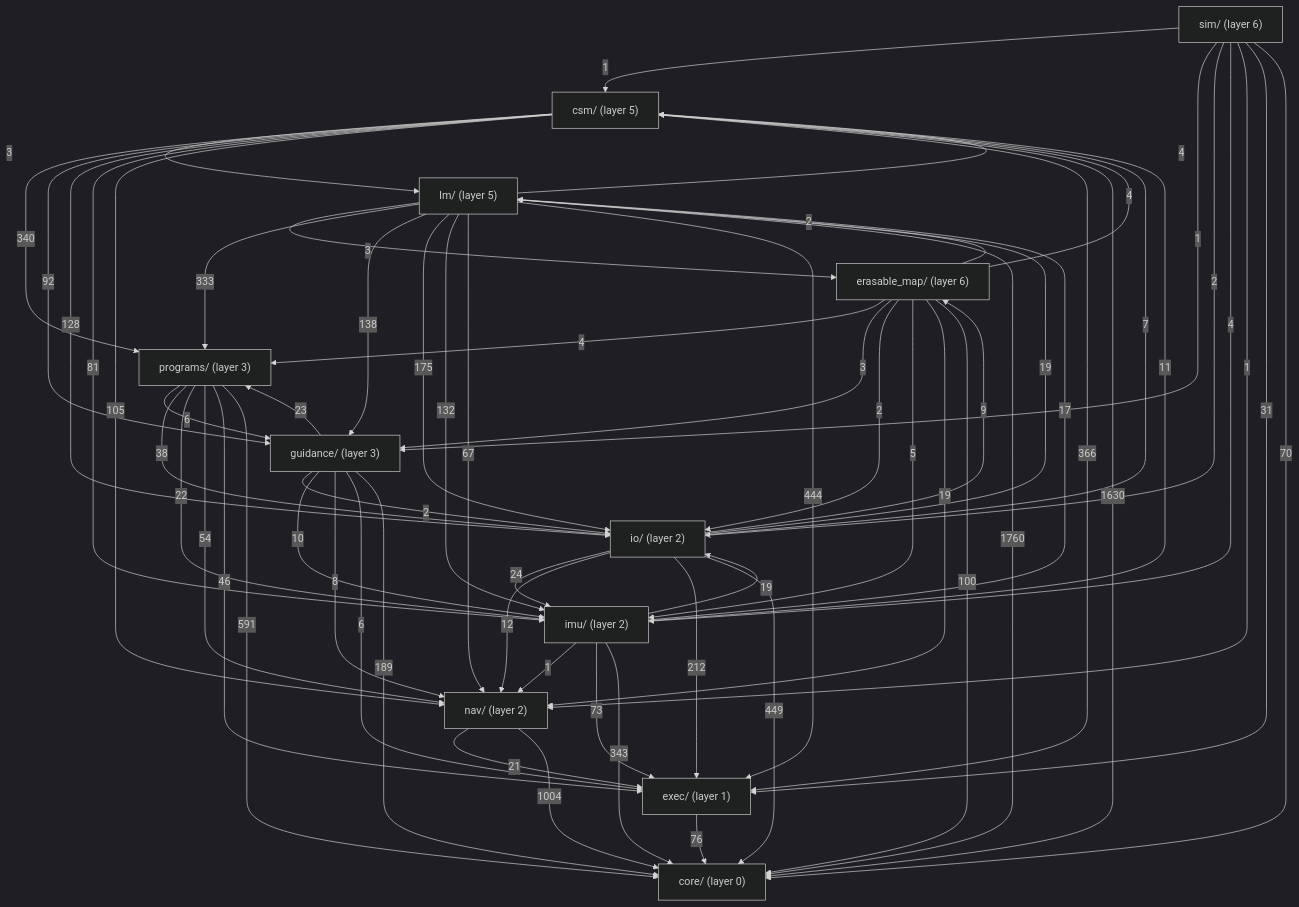
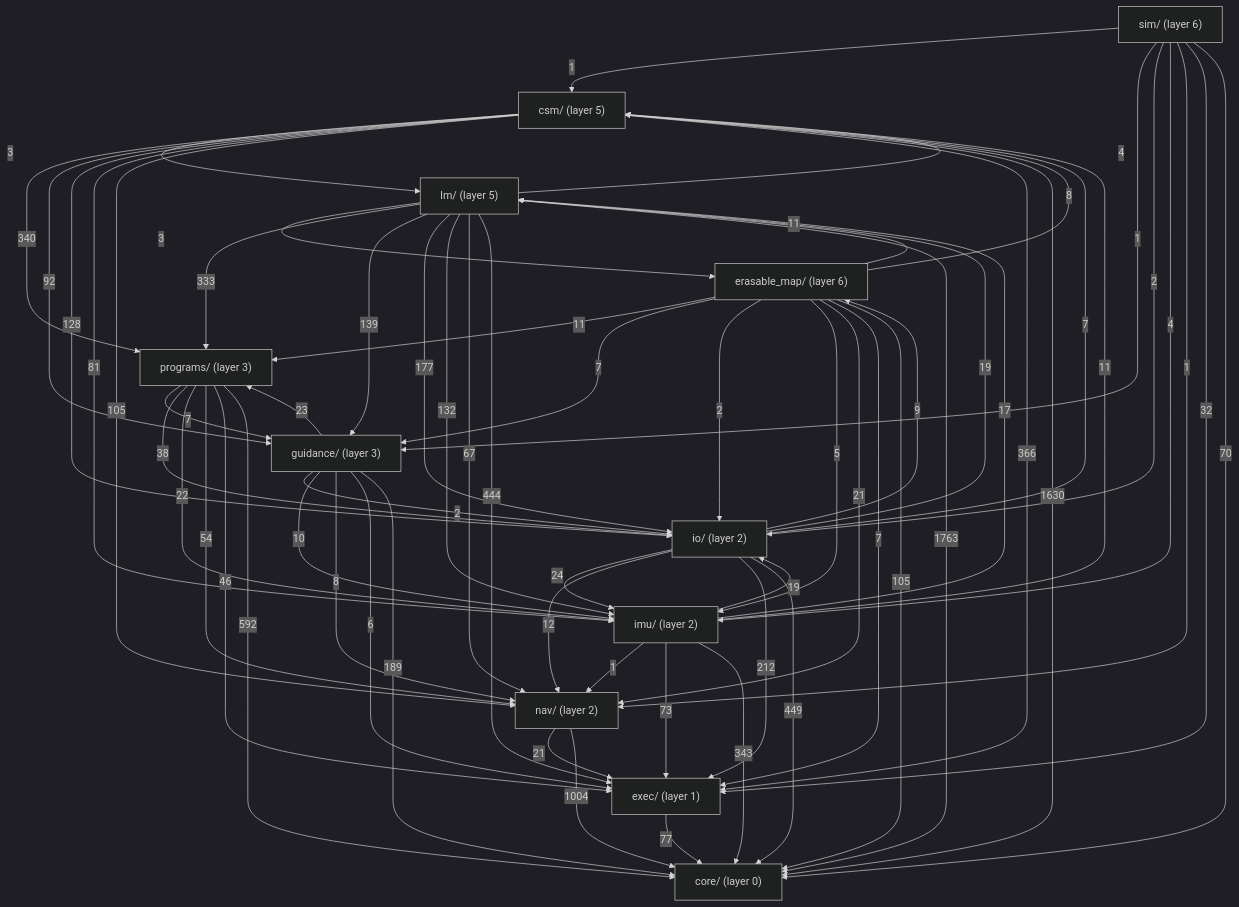
One commit to bobjoe400/apollo-c changed the second of 5 diagrams in docs/overview/README.md. Above: the diagram before and after it, drawn with Mermaid (dark theme). The commit also changed other lines of this file and 264 other files, not shown here.

````diff
--- a/docs/overview/README.md
+++ b/docs/overview/README.md
@@ -309,74 +309,75 @@
 ```mermaid
 flowchart TB
     sim["sim/ (layer 6)"]
     erasable_map["erasable_map/ (layer 6)"]
     csm["csm/ (layer 5)"]
     lm["lm/ (layer 5)"]
     programs["programs/ (layer 3)"]
     guidance["guidance/ (layer 3)"]
     io["io/ (layer 2)"]
     imu["imu/ (layer 2)"]
     nav["nav/ (layer 2)"]
     exec["exec/ (layer 1)"]
     core["core/ (layer 0)"]
     sim -->|1| csm
     sim -->|1| guidance
     sim -->|2| io
     sim -->|4| imu
     sim -->|1| nav
-    sim -->|31| exec
+    sim -->|32| exec
     sim -->|70| core
-    erasable_map -->|4| csm
-    erasable_map -->|2| lm
-    erasable_map -->|4| programs
-    erasable_map -->|3| guidance
+    erasable_map -->|8| csm
+    erasable_map -->|11| lm
+    erasable_map -->|11| programs
+    erasable_map -->|7| guidance
     erasable_map -->|2| io
     erasable_map -->|5| imu
-    erasable_map -->|19| nav
-    erasable_map -->|100| core
+    erasable_map -->|21| nav
+    erasable_map -->|7| exec
+    erasable_map -->|105| core
     csm -->|3| lm
     csm -->|340| programs
     csm -->|92| guidance
     csm -->|128| io
     csm -->|81| imu
     csm -->|105| nav
     csm -->|366| exec
     csm -->|1630| core
     lm -->|3| erasable_map
     lm -->|4| csm
     lm -->|333| programs
-    lm -->|138| guidance
-    lm -->|175| io
+    lm -->|139| guidance
+    lm -->|177| io
     lm -->|132| imu
     lm -->|67| nav
     lm -->|444| exec
-    lm -->|1760| core
-    programs -->|6| guidance
+    lm -->|1763| core
+    programs -->|7| guidance
     programs -->|38| io
     programs -->|22| imu
     programs -->|54| nav
     programs -->|46| exec
-    programs -->|591| core
+    programs -->|592| core
     guidance -->|23| programs
     guidance -->|2| io
     guidance -->|10| imu
     guidance -->|8| nav
     guidance -->|6| exec
     guidance -->|189| core
     io -->|9| erasable_map
     io -->|7| csm
     io -->|19| lm
     io -->|24| imu
     io -->|12| nav
     io -->|212| exec
     io -->|449| core
     imu -->|11| csm
     imu -->|17| lm
     imu -->|19| io
     imu -->|1| nav
     imu -->|73| exec
     imu -->|343| core
     nav -->|21| exec
     nav -->|1004| core
-    exec -->|76| core
+    exec -->|77| core
 ```
````
